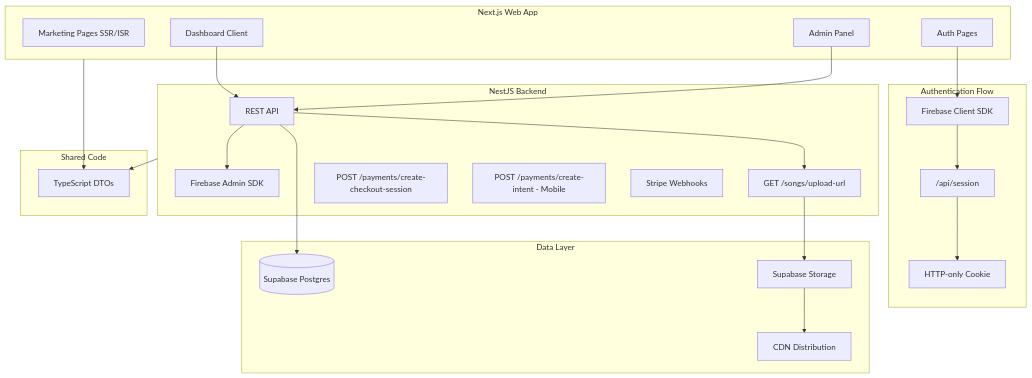
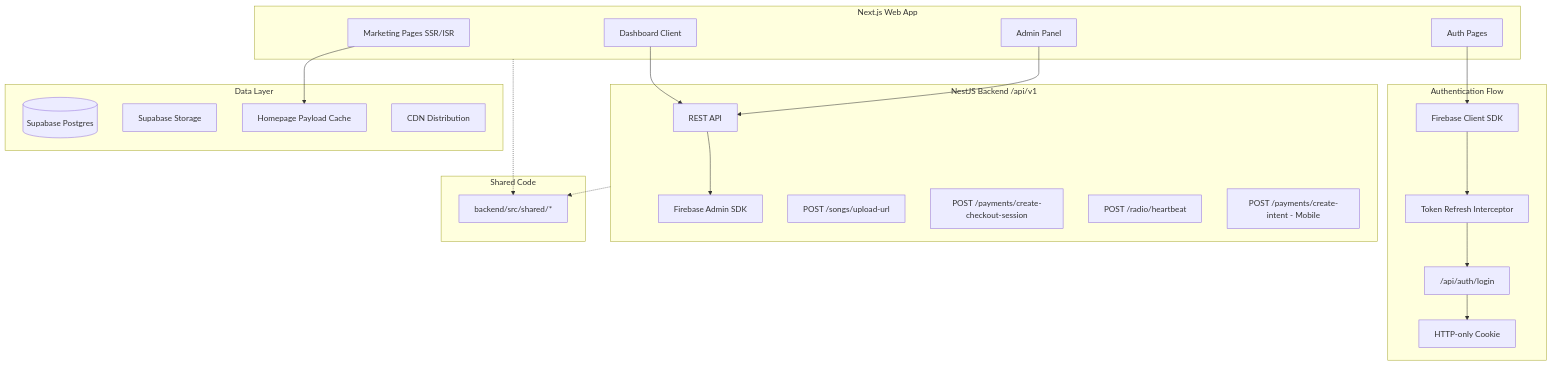
One commit to Tmaku18/RADIOapp changed the first of 4 diagrams in .cursor/plans/Web_App_Implementation_Plan.plan.md. Above: the diagram before and after it, drawn with Mermaid. The commit also changed other lines of this file, not shown here.

Commit message:
docs: Update web app plan to v2.2 - token interceptor, signed heartbeats, observability

````diff
--- a/.cursor/plans/Web_App_Implementation_Plan.plan.md
+++ b/.cursor/plans/Web_App_Implementation_Plan.plan.md
@@ -71,47 +77,47 @@
 ```mermaid
 graph TD
     subgraph web [Next.js Web App]
         Marketing[Marketing Pages SSR/ISR]
         AuthPages[Auth Pages]
         Dashboard[Dashboard Client]
         AdminPanel[Admin Panel]
     end
     
     subgraph auth [Authentication Flow]
         FirebaseClient[Firebase Client SDK]
-        SessionAPI["/api/session"]
+        TokenRefresh[Token Refresh Interceptor]
+        SessionAPI["/api/auth/login"]
         SessionCookie[HTTP-only Cookie]
     end
     
-    subgraph backend [NestJS Backend]
+    subgraph backend [NestJS Backend /api/v1]
         API[REST API]
         FirebaseAdmin[Firebase Admin SDK]
-        SignedURLs[GET /songs/upload-url]
+        SignedURLs[POST /songs/upload-url]
         CheckoutSession[POST /payments/create-checkout-session]
+        Heartbeat[POST /radio/heartbeat]
         PaymentIntent[POST /payments/create-intent - Mobile]
-        StripeWebhook[Stripe Webhooks]
     end
     
     subgraph storage [Data Layer]
         Supabase[(Supabase Postgres)]
         SupaStorage[Supabase Storage]
+        HomepageCache[Homepage Payload Cache]
         CDN[CDN Distribution]
     end
     
     subgraph shared [Shared Code]
-        DTOs[TypeScript DTOs]
+        DTOs[backend/src/shared/*]
     end
     
     AuthPages --> FirebaseClient
-    FirebaseClient --> SessionAPI
+    FirebaseClient --> TokenRefresh
+    TokenRefresh --> SessionAPI
     SessionAPI --> SessionCookie
     Dashboard --> API
     AdminPanel --> API
     API --> FirebaseAdmin
-    API --> SignedURLs
-    SignedURLs --> SupaStorage
-    SupaStorage --> CDN
-    API --> Supabase
-    web --> DTOs
-    backend --> DTOs
+    Marketing --> HomepageCache
+    web -.-> DTOs
+    backend -.-> DTOs
 ```
````
